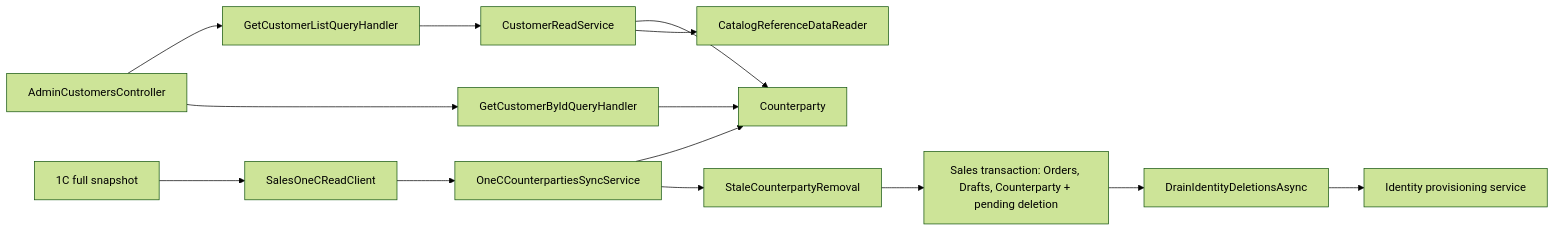
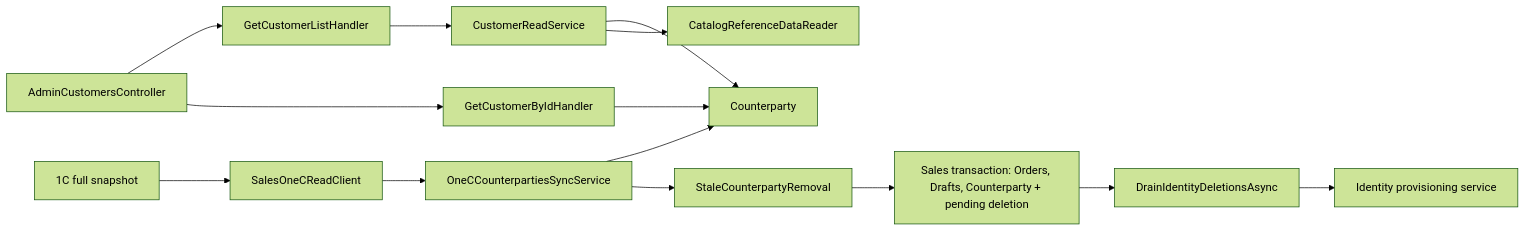
Before and after one commit to Weretik/KedrStore: the diagram in docs/sdd/features/sales/customers.md, drawn with Mermaid (forest theme). The commit also changed other lines of this file and 533 other files, not shown here.

````diff
--- a/docs/sdd/features/sales/customers.md
+++ b/docs/sdd/features/sales/customers.md
@@ -45,16 +45,16 @@
 ```mermaid
 flowchart LR
-    A["AdminCustomersController"] --> B["GetCustomerListQueryHandler"]
-    A --> C["GetCustomerByIdQueryHandler"]
+    A["AdminCustomersController"] --> B["GetCustomerListHandler"]
+    A --> C["GetCustomerByIdHandler"]
     B --> G["CustomerReadService"]
     G --> D["Counterparty"]
     C --> D
     E["1C full snapshot"] --> F["SalesOneCReadClient"]
     F --> I["OneCCounterpartiesSyncService"]
     I --> D
     I --> J["StaleCounterpartyRemoval"]
     J --> K["Sales transaction: Orders, Drafts, Counterparty + pending deletion"]
     K --> L["DrainIdentityDeletionsAsync"]
     L --> M["Identity provisioning service"]
     G --> H["CatalogReferenceDataReader"]
 ```
````
